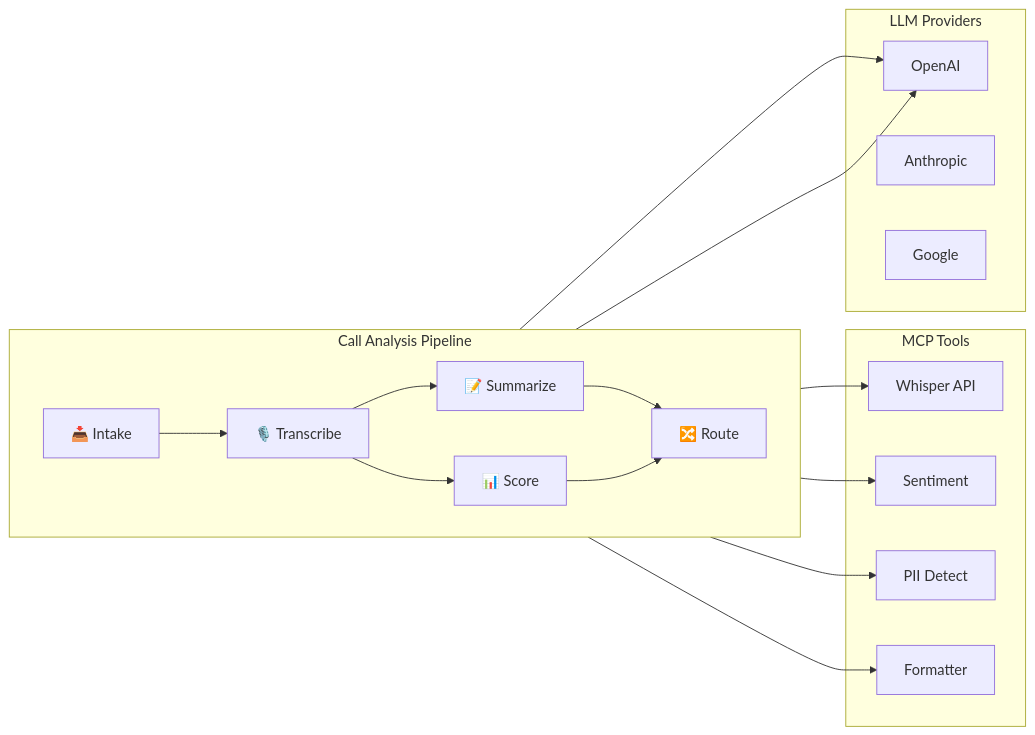
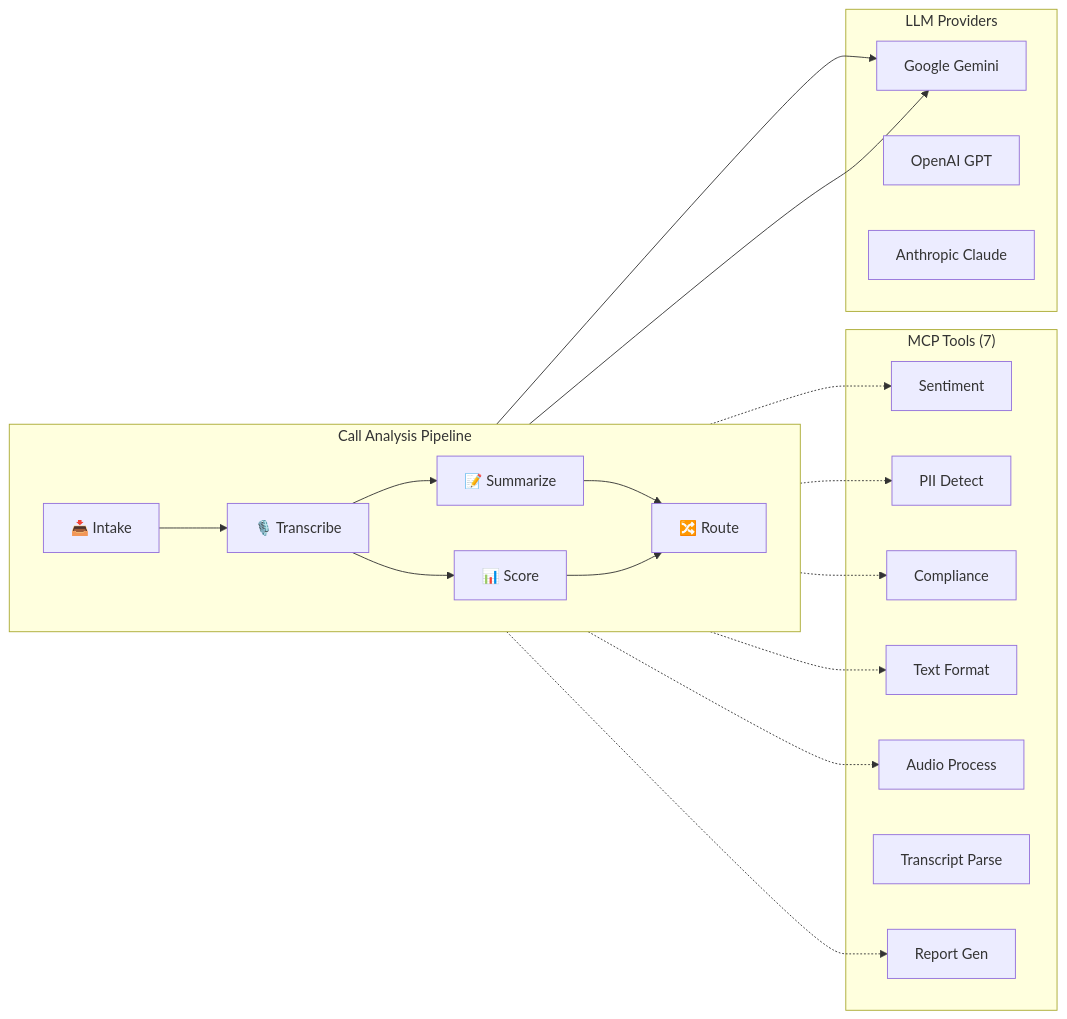
One commit to sathyaincampus/clarity-cx changed the third of 3 diagrams in docs/ARCHITECTURE.md. Above: the diagram before and after it, drawn with Mermaid. The commit also changed other lines of this file and 9 other files, not shown here.

Commit message:
docs: Add new deployment, quickstart, and code walkthrough guides, and update README and architecture documentation with new details and diagrams.

````diff
--- a/docs/ARCHITECTURE.md
+++ b/docs/ARCHITECTURE.md
@@ -131,31 +134,36 @@
 ```mermaid
 flowchart LR
     subgraph Pipeline["Call Analysis Pipeline"]
         direction LR
         I["📥 Intake"] --> T["🎙️ Transcribe"]
         T --> S["📝 Summarize"]
         T --> Q["📊 Score"]
         S --> R["🔀 Route"]
         Q --> R
     end
 
-    subgraph Tools["MCP Tools"]
-        W["Whisper API"]
-        SE["Sentiment"]
+    subgraph Tools["MCP Tools (7)"]
+        ST["Sentiment"]
         PII["PII Detect"]
-        FMT["Formatter"]
+        CC["Compliance"]
+        TF["Text Format"]
+        AP["Audio Process"]
+        TP["Transcript Parse"]
+        RG["Report Gen"]
     end
 
     subgraph LLMs["LLM Providers"]
-        O["OpenAI"]
-        A["Anthropic"]
-        G["Google"]
+        G["Google Gemini"]
+        O["OpenAI GPT"]
+        A["Anthropic Claude"]
     end
 
-    T --> W
-    Q --> SE
-    Q --> PII
-    R --> FMT
-    S --> O
-    Q --> O
+    T -.-> AP
+    Q -.-> ST
+    Q -.-> PII
+    Q -.-> CC
+    R -.-> TF
+    R -.-> RG
+    S --> G
+    Q --> G
 ```
````
